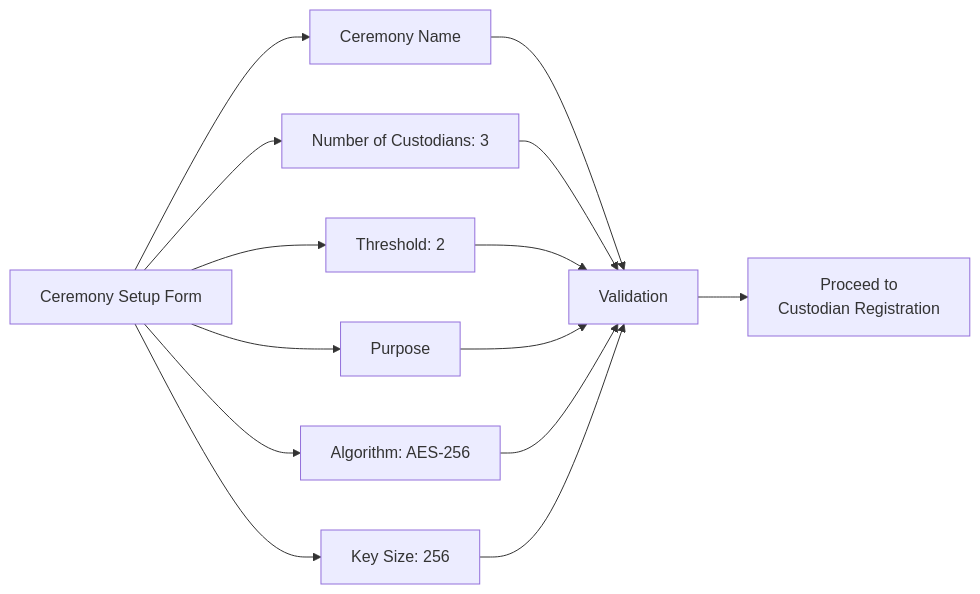
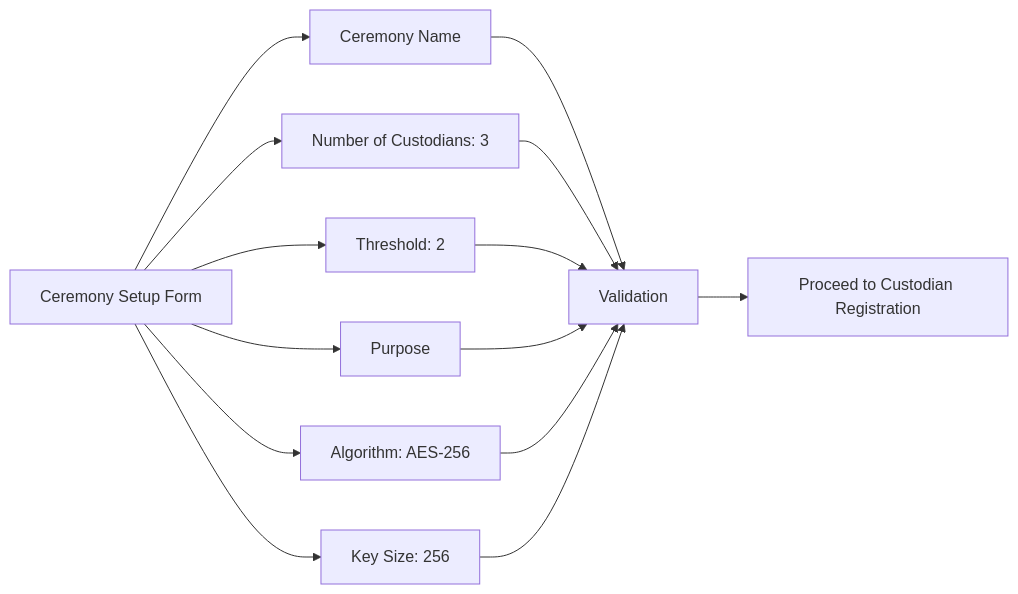
Before and after one commit to artivisi/hsm-simulator: the second of 11 diagrams in docs/user-manual/key-ceremony.md, drawn with Mermaid. The commit also changed other lines of this file and 2 other files, not shown here.

````diff
--- a/docs/user-manual/key-ceremony.md
+++ b/docs/user-manual/key-ceremony.md
@@ -130,18 +130,18 @@
 ```mermaid
 graph LR
     A[Ceremony Setup Form] --> B[Ceremony Name]
     A --> C[Number of Custodians: 3]
     A --> D[Threshold: 2]
     A --> E[Purpose]
     A --> F[Algorithm: AES-256]
     A --> G[Key Size: 256]
 
     B --> H[Validation]
     C --> H
     D --> H
     E --> H
     F --> H
     G --> H
 
-    H --> I[Proceed to<br/>Custodian Registration]
+    H --> I[Proceed to Custodian Registration]
 ```
````
